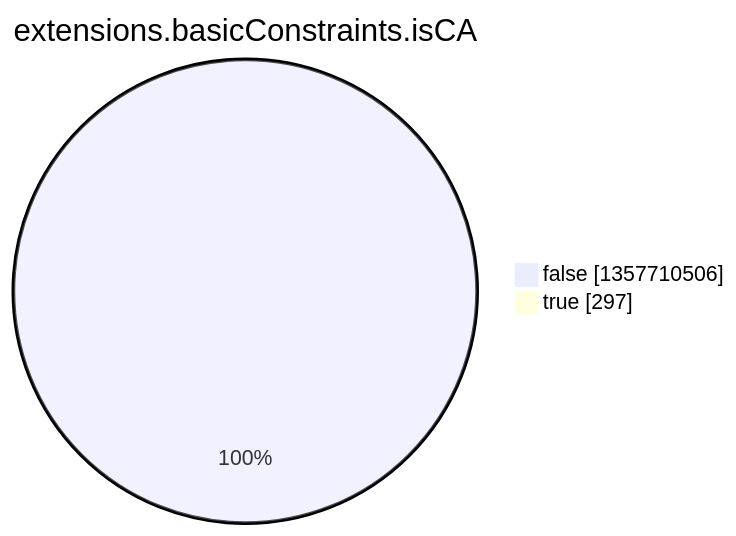
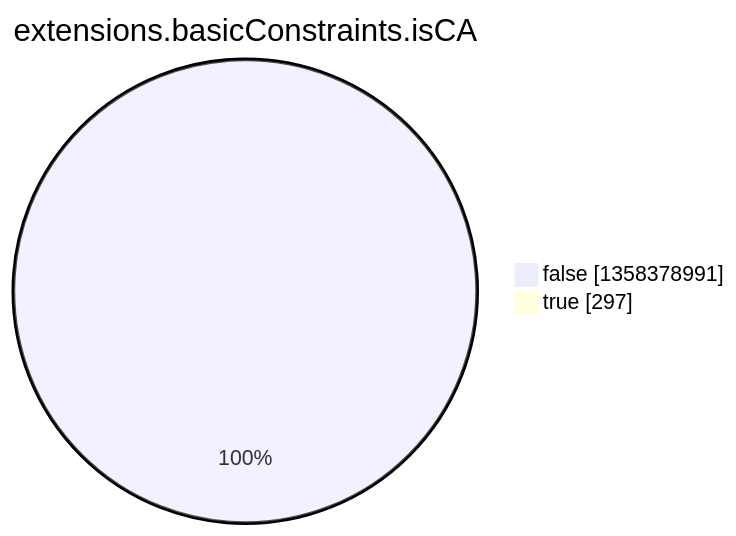
One commit to christiankrug/ctmonitor_visualization changed the eighth of 15 diagrams in argon2022/README.md. Above: the diagram before and after it, drawn with Mermaid. The commit also changed other lines of this file, not shown here.

````diff
--- a/argon2022/README.md
+++ b/argon2022/README.md
@@ -2758,6 +2758,6 @@
 ```mermaid
 pie showData
 title extensions.basicConstraints.isCA
-"false" :1357710506
+"false" :1358378991
 "true" :297
 ```
````
